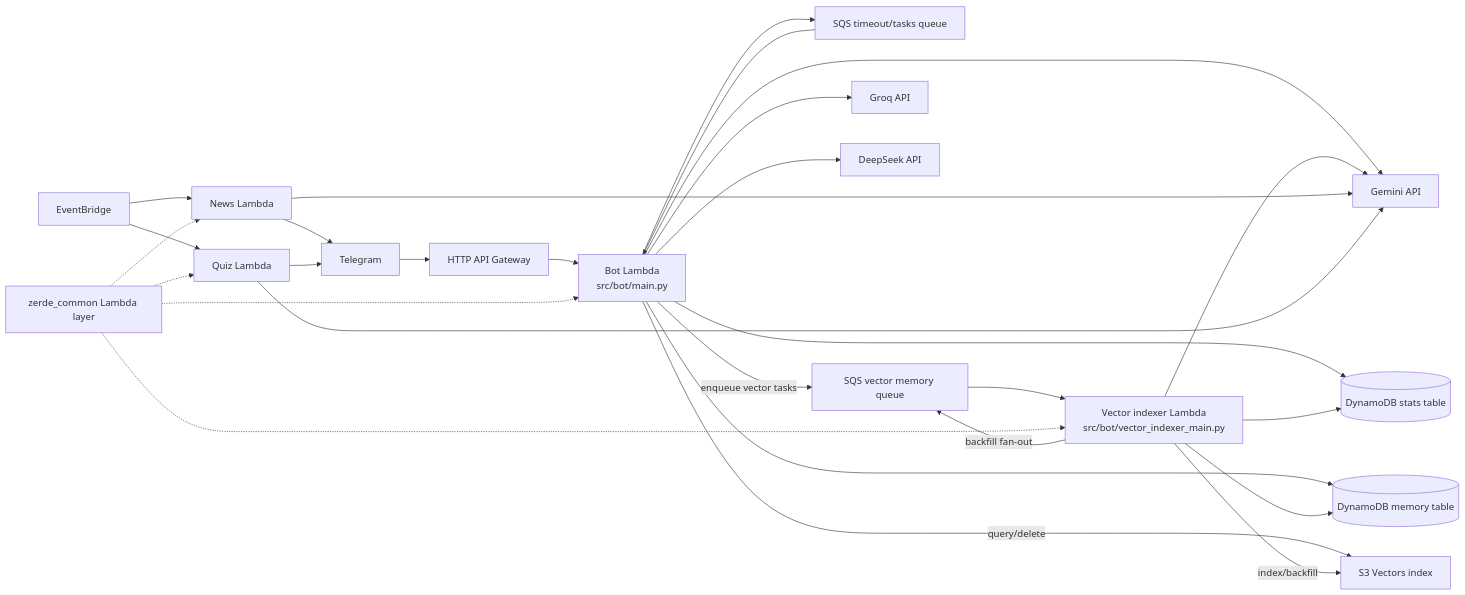
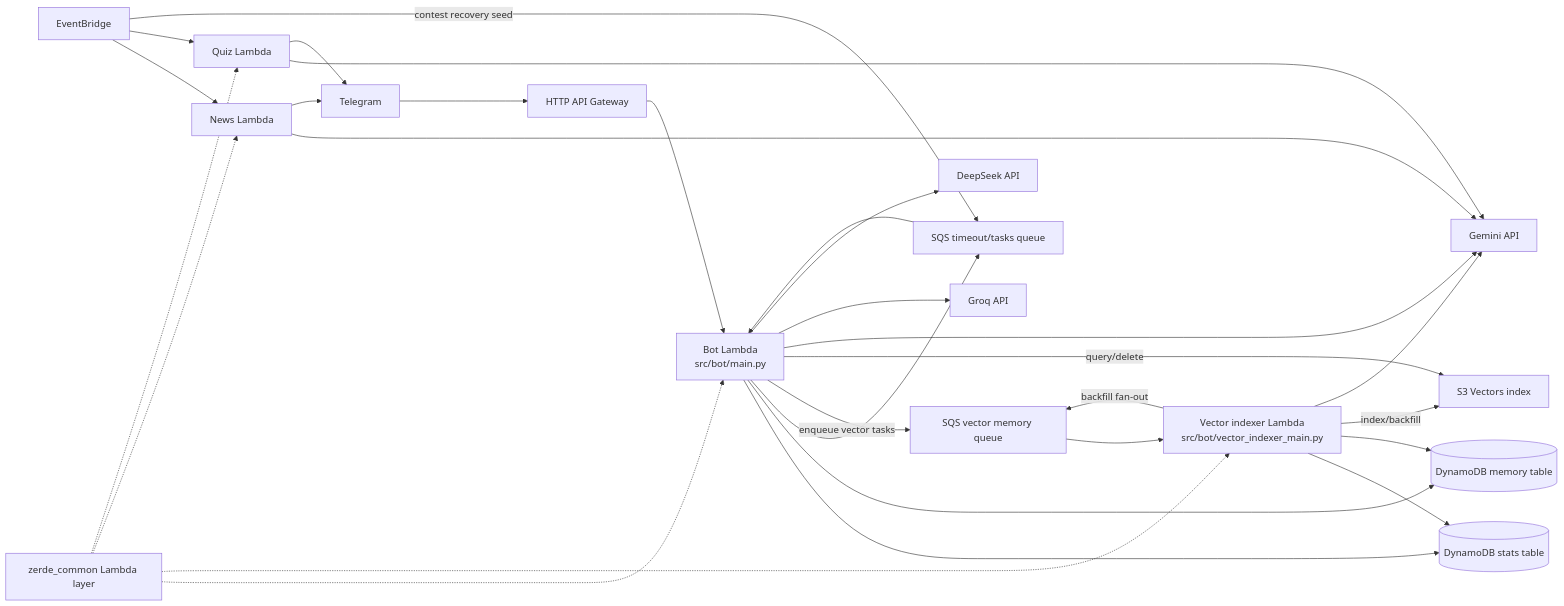
Before and after one commit to Bayashat/zerde-serverless-bot: the diagram in docs/ARCHITECTURE.md, drawn with Mermaid. The commit also changed other lines of this file and 31 other files, not shown here.

````diff
--- a/docs/ARCHITECTURE.md
+++ b/docs/ARCHITECTURE.md
@@ -21,33 +21,34 @@
 ```mermaid
 flowchart LR
   TG["Telegram"] --> APIGW["HTTP API Gateway"]
   APIGW --> BOT["Bot Lambda<br/>src/bot/main.py"]
   MAINQ["SQS timeout/tasks queue"] --> BOT
   VQ["SQS vector memory queue"] --> VIDX["Vector indexer Lambda<br/>src/bot/vector_indexer_main.py"]
 
   BOT --> STATS[("DynamoDB stats table")]
   BOT --> MEMORY[("DynamoDB memory table")]
   BOT --> MAINQ
   BOT -- "enqueue vector tasks" --> VQ
   BOT -- "query/delete" --> S3V["S3 Vectors index"]
   BOT --> GEMINI["Gemini API"]
   BOT --> GROQ["Groq API"]
   BOT --> DEEPSEEK["DeepSeek API"]
   VIDX -- "backfill fan-out" --> VQ
   VIDX --> STATS
   VIDX --> MEMORY
   VIDX -- "index/backfill" --> S3V
   VIDX --> GEMINI
 
   EB["EventBridge"] --> NEWS["News Lambda"]
   EB --> QUIZ["Quiz Lambda"]
+  EB -- "contest recovery seed" --> MAINQ
   NEWS --> GEMINI
   QUIZ --> GEMINI
   NEWS --> TG
   QUIZ --> TG
 
   LAYER["zerde_common Lambda layer"] -.-> BOT
   LAYER -.-> VIDX
   LAYER -.-> NEWS
   LAYER -.-> QUIZ
 ```
````
